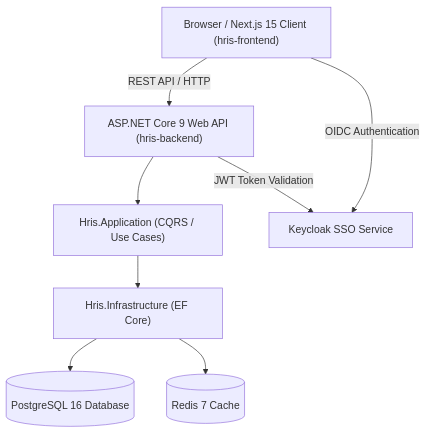
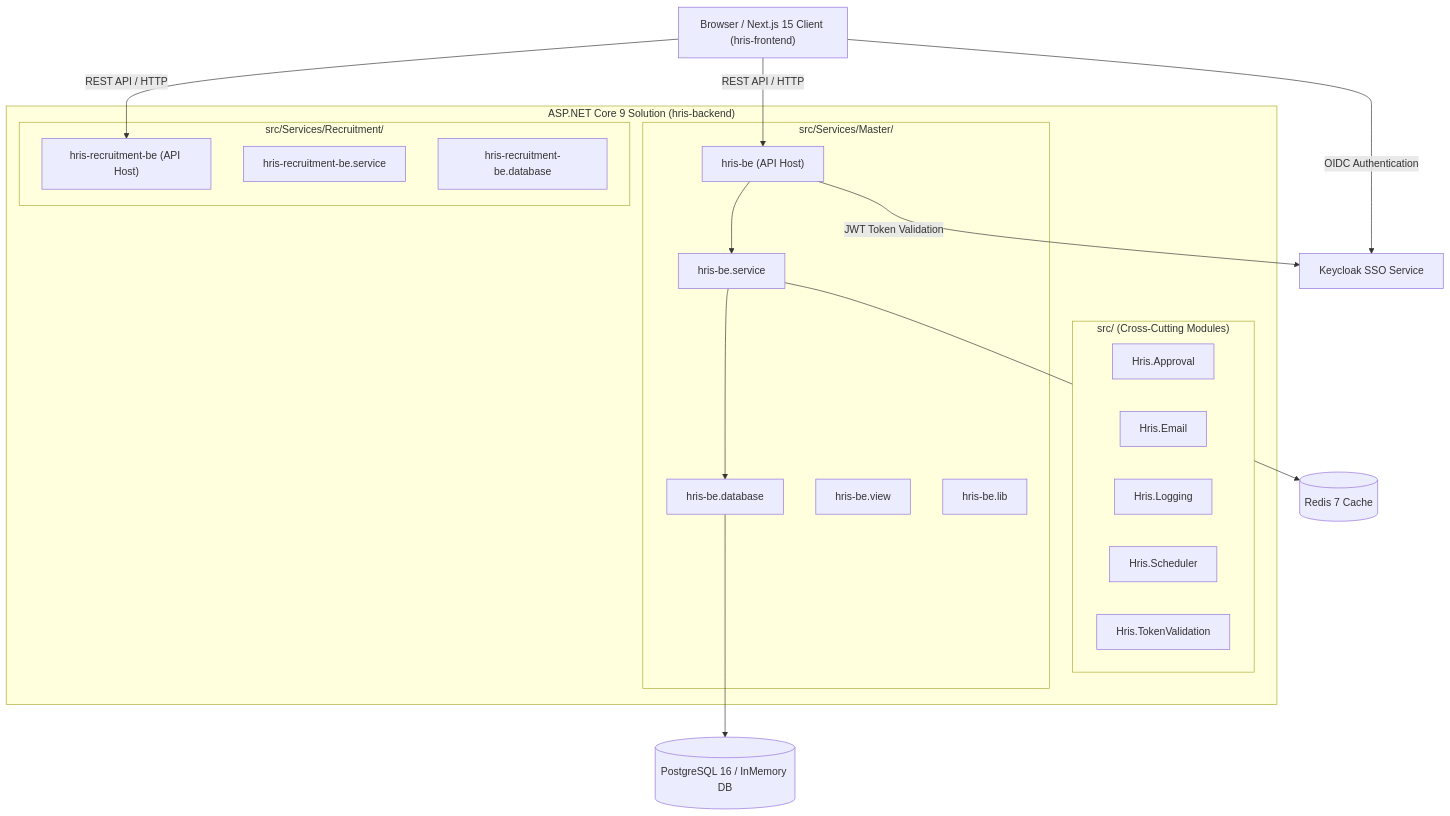
The diagram in AGENTS.md (JustALearner101/hris-project), drawn with Mermaid before and after one commit. The commit also changed other lines of this file and 249 other files, not shown here.

````diff
--- a/AGENTS.md
+++ b/AGENTS.md
@@ -81,18 +89,41 @@
 ```mermaid
 graph TD
     Client["Browser / Next.js 15 Client (hris-frontend)"]
-    API["ASP.NET Core 9 Web API (hris-backend)"]
-    AppLayer["Hris.Application (CQRS / Use Cases)"]
-    InfraLayer["Hris.Infrastructure (EF Core)"]
-    DB[("PostgreSQL 16 Database")]
+    
+    subgraph Backend ["ASP.NET Core 9 Solution (hris-backend)"]
+        subgraph Shared ["src/ (Cross-Cutting Modules)"]
+            Approval["Hris.Approval"]
+            Email["Hris.Email"]
+            Logging["Hris.Logging"]
+            Scheduler["Hris.Scheduler"]
+            TokenVal["Hris.TokenValidation"]
+        end
+
+        subgraph MasterService ["src/Services/Master/"]
+            MasterHost["hris-be (API Host)"]
+            MasterServiceLayer["hris-be.service"]
+            MasterDbLayer["hris-be.database"]
+            MasterViewLayer["hris-be.view"]
+            MasterLibLayer["hris-be.lib"]
+        end
+
+        subgraph RecruitmentService ["src/Services/Recruitment/"]
+            RecruitmentHost["hris-recruitment-be (API Host)"]
+            RecruitmentServiceLayer["hris-recruitment-be.service"]
+            RecruitmentDbLayer["hris-recruitment-be.database"]
+        end
+    end
+
+    DB[("PostgreSQL 16 / InMemory DB")]
     Cache[("Redis 7 Cache")]
     SSO["Keycloak SSO Service"]
 
-    Client -->|REST API / HTTP| API
-    API --> AppLayer
-    AppLayer --> InfraLayer
-    InfraLayer --> DB
-    InfraLayer --> Cache
+    Client -->|REST API / HTTP| MasterHost
+    Client -->|REST API / HTTP| RecruitmentHost
+    MasterHost --> MasterServiceLayer
+    MasterServiceLayer --> MasterDbLayer
+    MasterDbLayer --> DB
+    MasterServiceLayer --> Cache
     Client -->|OIDC Authentication| SSO
-    API -->|JWT Token Validation| SSO
+    MasterHost -->|JWT Token Validation| SSO
 ```
````
